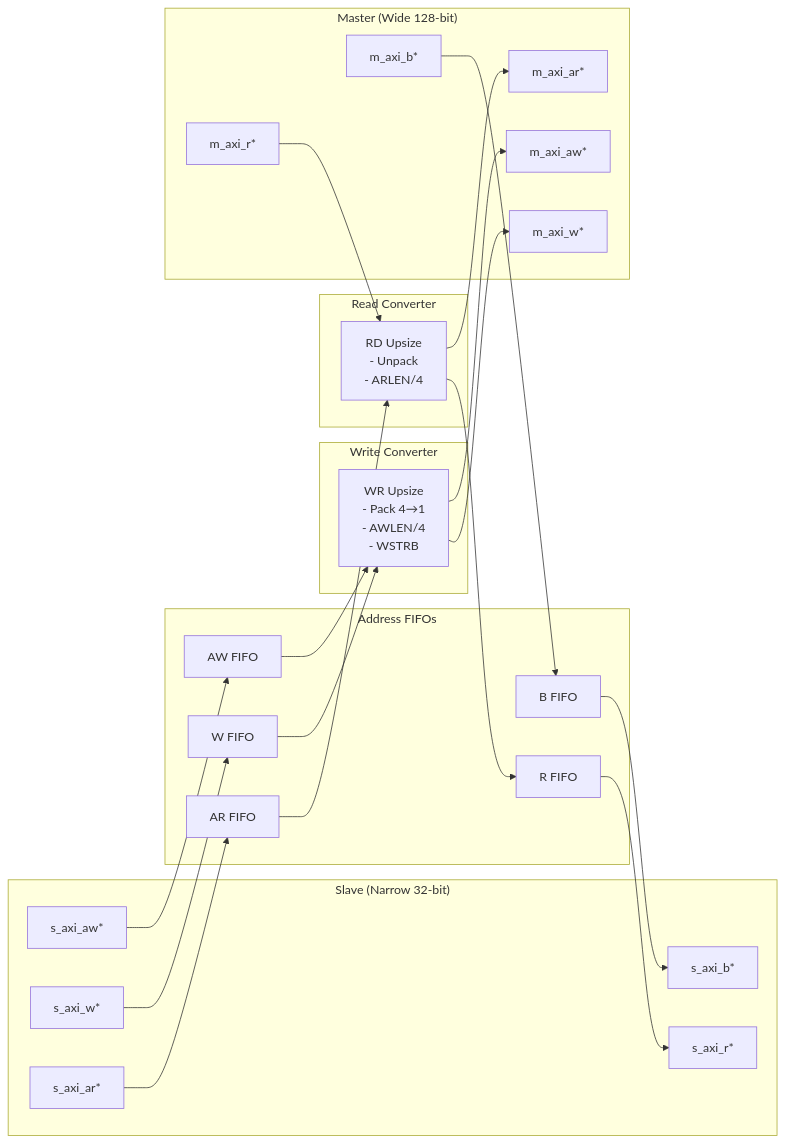
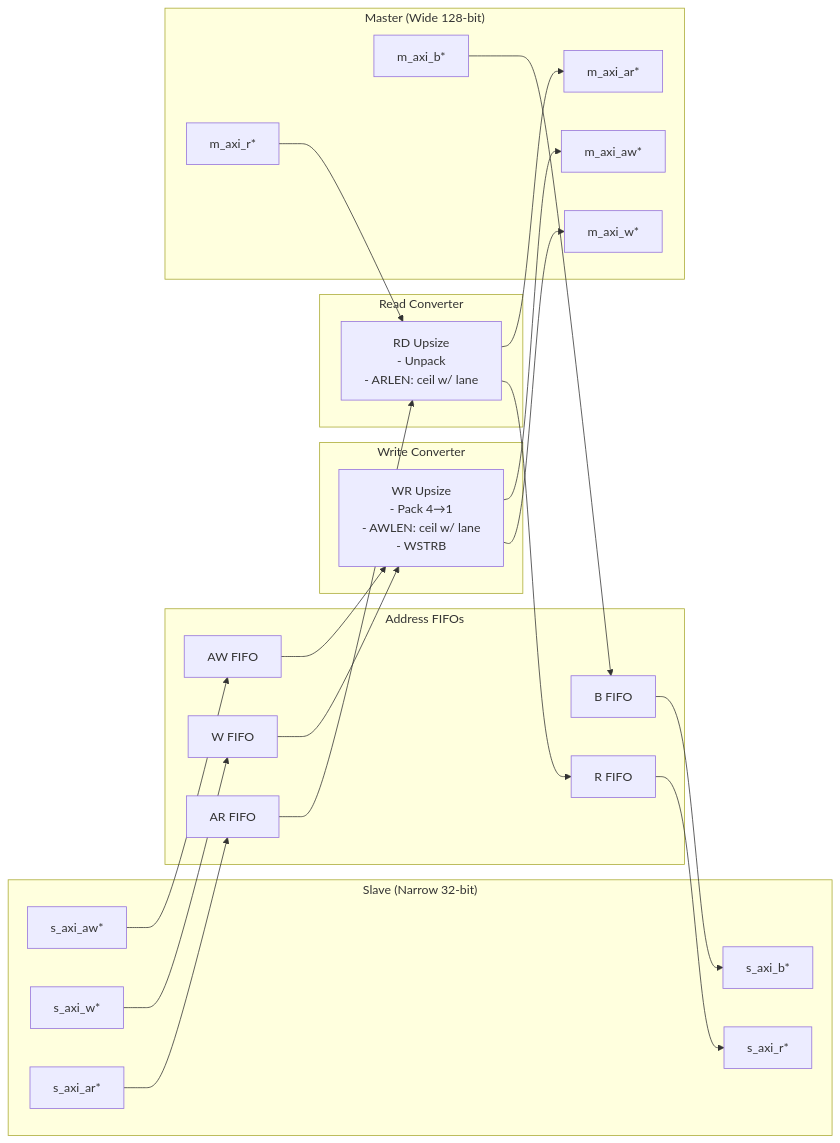
One commit to sean-galloway/RTLDesignSherpa changed the first of 2 diagrams in docs/markdown/rtl-amba/axi4/axi4_dwidth_converter.md. Above: the diagram before and after it, drawn with Mermaid. The commit also changed other lines of this file and 62 other files, not shown here.

````diff
--- a/docs/markdown/rtl-amba/axi4/axi4_dwidth_converter.md
+++ b/docs/markdown/rtl-amba/axi4/axi4_dwidth_converter.md
@@ -143,40 +143,40 @@
 ```mermaid
 flowchart LR
     subgraph Slave["Slave (Narrow 32-bit)"]
         saw["s_axi_aw*"]
         sw["s_axi_w*"]
         sb["s_axi_b*"]
         sar["s_axi_ar*"]
         sr["s_axi_r*"]
     end
 
     subgraph FIFO["Address FIFOs"]
         awf["AW FIFO"]
         wf["W FIFO"]
         bf["B FIFO"]
         arf["AR FIFO"]
         rf["R FIFO"]
     end
 
     subgraph WrConv["Write Converter"]
-        wrup["WR Upsize<br/>- Pack 4→1<br/>- AWLEN/4<br/>- WSTRB"]
+        wrup["WR Upsize<br/>- Pack 4→1<br/>- AWLEN: ceil w/ lane<br/>- WSTRB"]
     end
 
     subgraph RdConv["Read Converter"]
-        rdup["RD Upsize<br/>- Unpack<br/>- ARLEN/4"]
+        rdup["RD Upsize<br/>- Unpack<br/>- ARLEN: ceil w/ lane"]
     end
 
     subgraph Master["Master (Wide 128-bit)"]
         maw["m_axi_aw*"]
         mw["m_axi_w*"]
         mb["m_axi_b*"]
         mar["m_axi_ar*"]
         mr["m_axi_r*"]
     end
 
     saw --> awf --> wrup --> maw
     sw --> wf --> wrup --> mw
     mb --> bf --> sb
     sar --> arf --> rdup --> mar
     mr --> rdup --> rf --> sr
 ```
````
